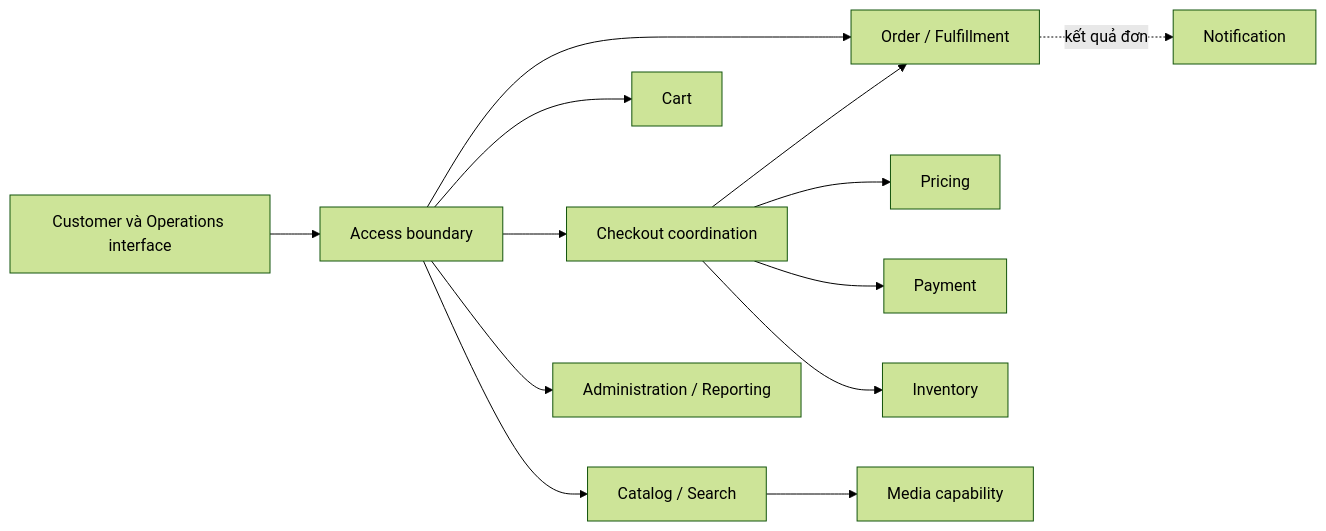
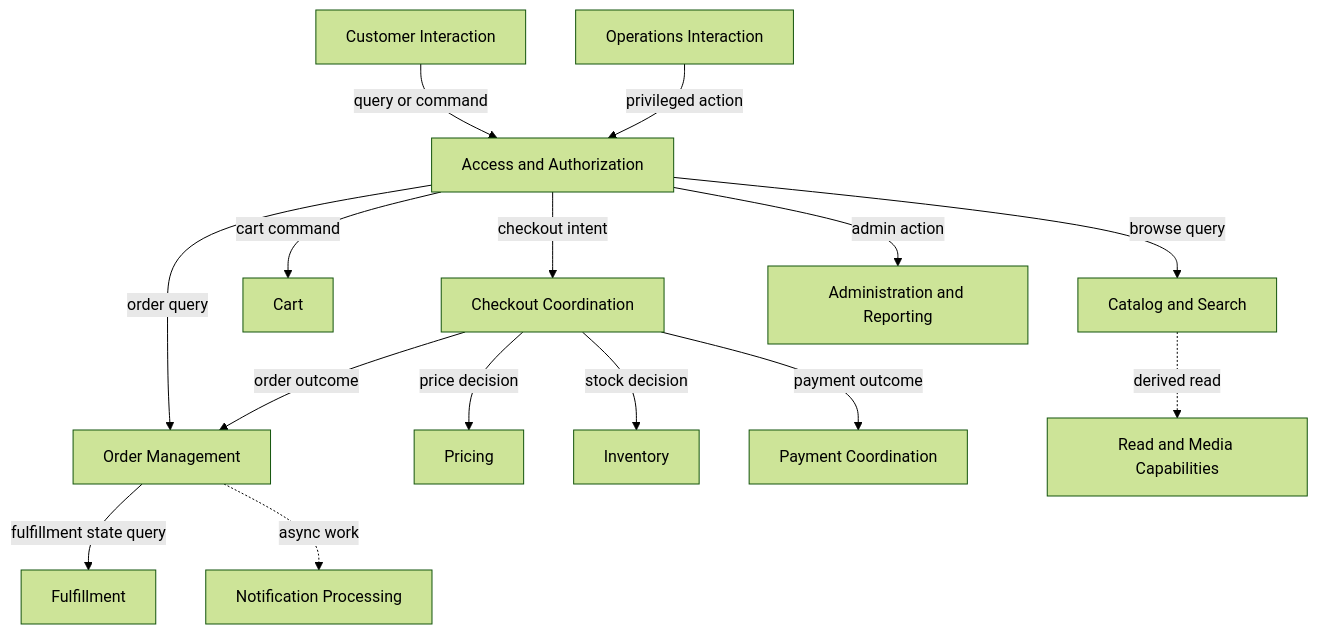
The second of 10 diagrams in docs/06-architecture/logical-architecture.md (kieuquy283/EnterpriseE-commercePlatform), drawn with Mermaid (forest theme) before and after one commit. The commit also changed other lines of this file and 4 other files, not shown here.

Commit message:
docs: add technology-agnostic high-level diagrams

````diff
--- a/docs/06-architecture/logical-architecture.md
+++ b/docs/06-architecture/logical-architecture.md
@@ -47,15 +83,17 @@
 ```mermaid
-flowchart LR
-  UI[Customer và Operations interface] --> X[Access boundary]
-  X --> CAT[Catalog / Search]
-  X --> CART[Cart]
-  X --> CHK[Checkout coordination]
-  X --> ORD[Order / Fulfillment]
-  X --> ADM[Administration / Reporting]
-  CHK --> PRICE[Pricing]
-  CHK --> PAY[Payment]
-  CHK --> INV[Inventory]
-  CHK --> ORD
-  ORD -. kết quả đơn .-> NOT[Notification]
-  CAT --> MEDIA[Media capability]
+flowchart TB
+  CI[Customer Interaction] -->|query or command| AX[Access and Authorization]
+  OI[Operations Interaction] -->|privileged action| AX
+  AX -->|browse query| CAT[Catalog and Search]
+  AX -->|cart command| CART[Cart]
+  AX -->|checkout intent| CHK[Checkout Coordination]
+  AX -->|order query| ORD[Order Management]
+  AX -->|admin action| ADM[Administration and Reporting]
+  CHK -->|price decision| PR[Pricing]
+  CHK -->|stock decision| INV[Inventory]
+  CHK -->|payment outcome| PAY[Payment Coordination]
+  CHK -->|order outcome| ORD
+  ORD -->|fulfillment state query| FUL[Fulfillment]
+  ORD -.->|async work| NOT[Notification Processing]
+  CAT -.->|derived read| READ[Read and Media Capabilities]
 ```
````
